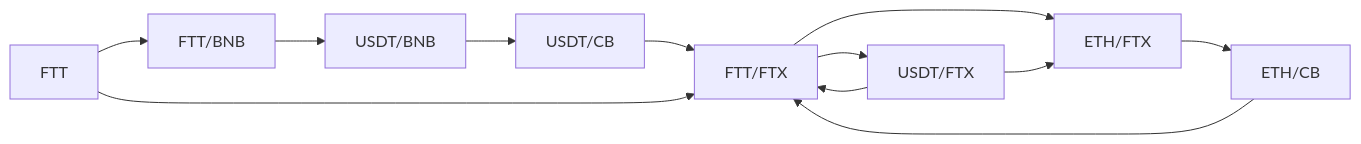
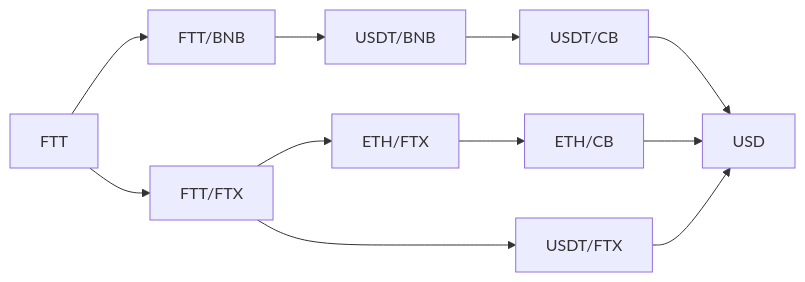
One commit to Ramzgate/node_setup changed the second of 2 diagrams in ubuntu_os.md. Above: the diagram before and after it, drawn with Mermaid.

Commit message:
ubuntu install instructions

````diff
--- a/ubuntu_os.md
+++ b/ubuntu_os.md
@@ -78,14 +78,13 @@
 ```mermaid
 graph LR
   A[FTT] --> B[FTT/BNB]
   B --> C[USDT/BNB]
   C --> D[USDT/CB]
   D --> E[USD]
-  A --> E[FTT/FTX]
-  E --> F[ETH/FTX]
-  F --> G[ETH/CB]
-  G --> E
-  E --> H[USDT/FTX]
-  H --> F
+  A --> F[FTT/FTX]
+  F --> G[ETH/FTX]
+  G --> H[ETH/CB]
   H --> E
+  F --> I[USDT/FTX]
+  I --> E
 ```
````
